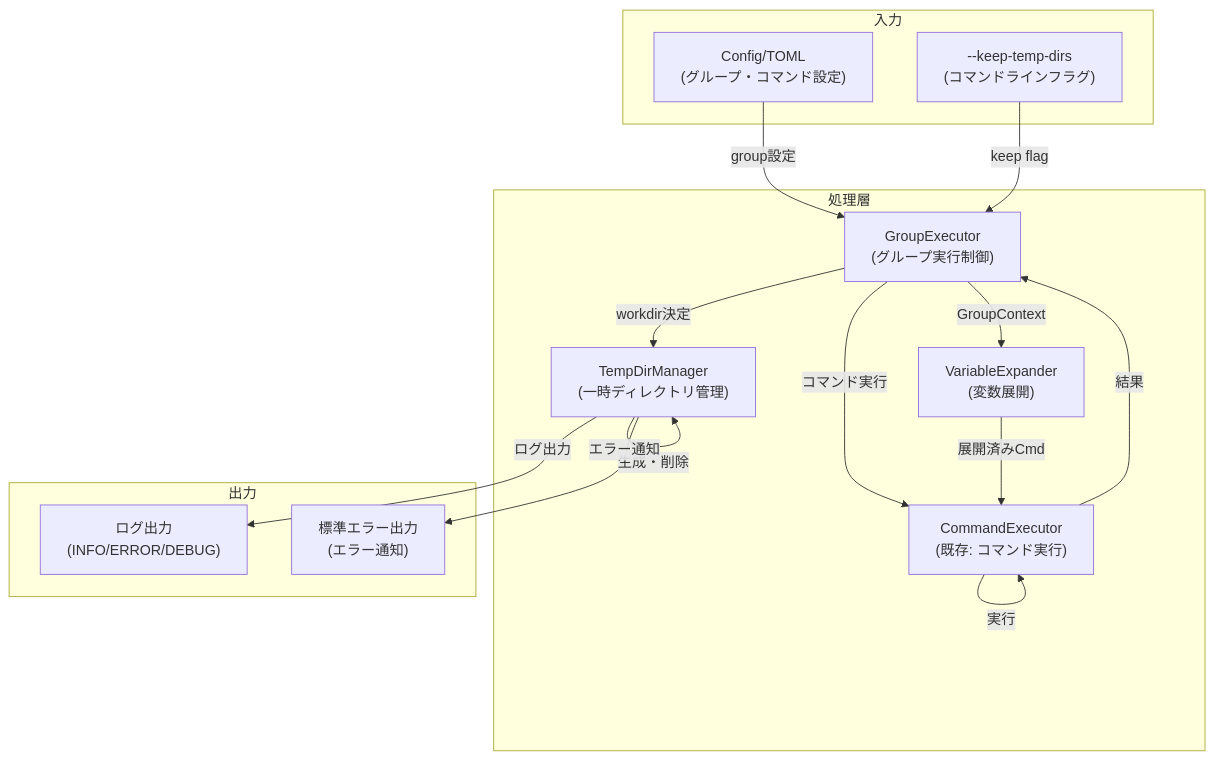
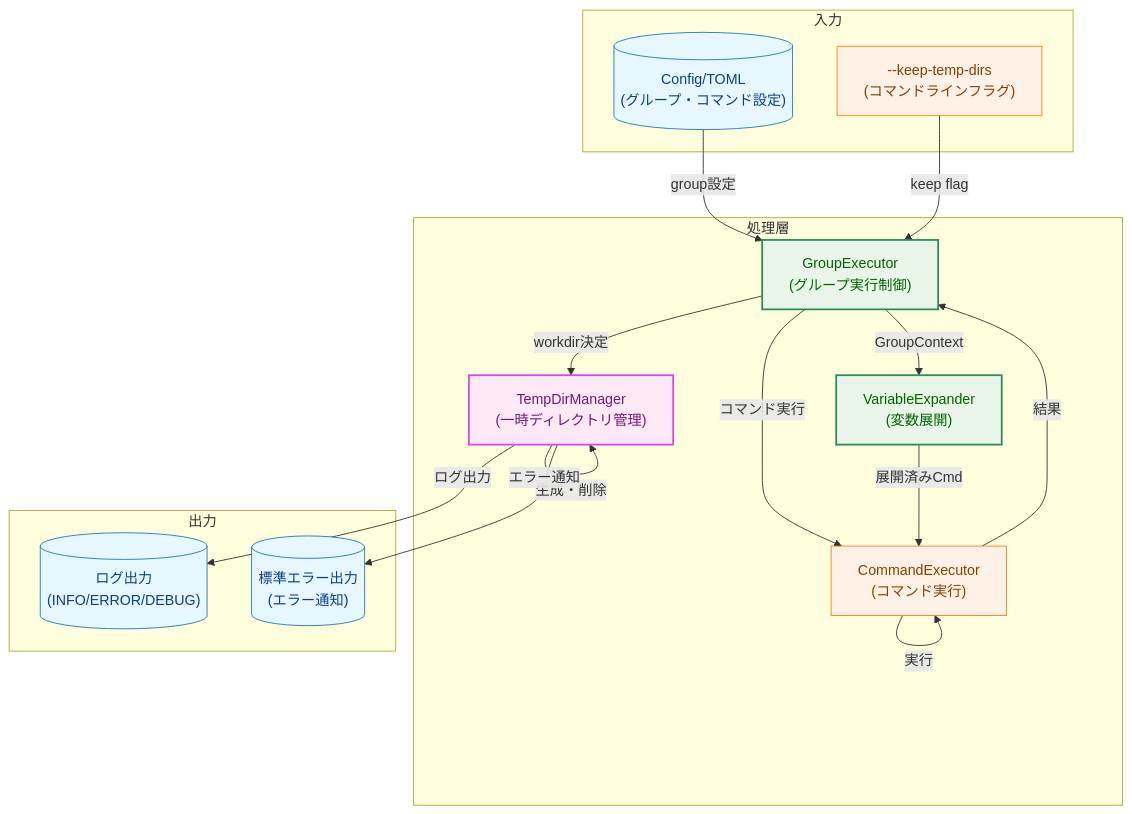
One commit to isseis/go-safe-cmd-runner changed the ninth of 11 diagrams in docs/tasks/0034_workdir_redesign/02_architecture.md. Above: the diagram before and after it, drawn with Mermaid. The commit also changed other lines of this file and 1 other file, not shown here.

````diff
--- a/docs/tasks/0034_workdir_redesign/02_architecture.md
+++ b/docs/tasks/0034_workdir_redesign/02_architecture.md
@@ -560,35 +671,45 @@
 ```mermaid
 graph TB
+    classDef data fill:#e6f7ff,stroke:#1f77b4,stroke-width:1px,color:#0b3d91;
+    classDef existing fill:#fff1e6,stroke:#ff7f0e,stroke-width:1px,color:#8a3e00;
+    classDef enhanced fill:#e8f5e8,stroke:#2e8b57,stroke-width:2px,color:#006400;
+    classDef new fill:#ffe8f5,stroke:#d946ef,stroke-width:2px,color:#701a75;
+
     subgraph InputLayer["入力"]
-        Config["Config/TOML<br/>(グループ・コマンド設定)"]
+        Config[("Config/TOML<br/>(グループ・コマンド設定)")]
         Flag["--keep-temp-dirs<br/>(コマンドラインフラグ)"]
     end
 
     subgraph ProcessLayer["処理層"]
         GE["GroupExecutor<br/>(グループ実行制御)"]
         TDM["TempDirManager<br/>(一時ディレクトリ管理)"]
         VE["VariableExpander<br/>(変数展開)"]
-        CE["CommandExecutor<br/>(既存: コマンド実行)"]
+        CE["CommandExecutor<br/>(コマンド実行)"]
     end
 
     subgraph OutputLayer["出力"]
-        Log["ログ出力<br/>(INFO/ERROR/DEBUG)"]
-        Stderr["標準エラー出力<br/>(エラー通知)"]
+        Log[("ログ出力<br/>(INFO/ERROR/DEBUG)")]
+        Stderr[("標準エラー出力<br/>(エラー通知)")]
     end
 
     Config -->|group設定| GE
     Flag -->|keep flag| GE
 
     GE -->|workdir決定| TDM
     GE -->|GroupContext| VE
     GE -->|コマンド実行| CE
 
     TDM -->|生成・削除| TDM
     TDM -->|ログ出力| Log
     TDM -->|エラー通知| Stderr
 
     VE -->|展開済みCmd| CE
 
     CE -->|実行| CE
     CE -->|結果| GE
+
+    class Config,Log,Stderr data;
+    class Flag,CE existing;
+    class GE,VE enhanced;
+    class TDM new;
 ```
````
